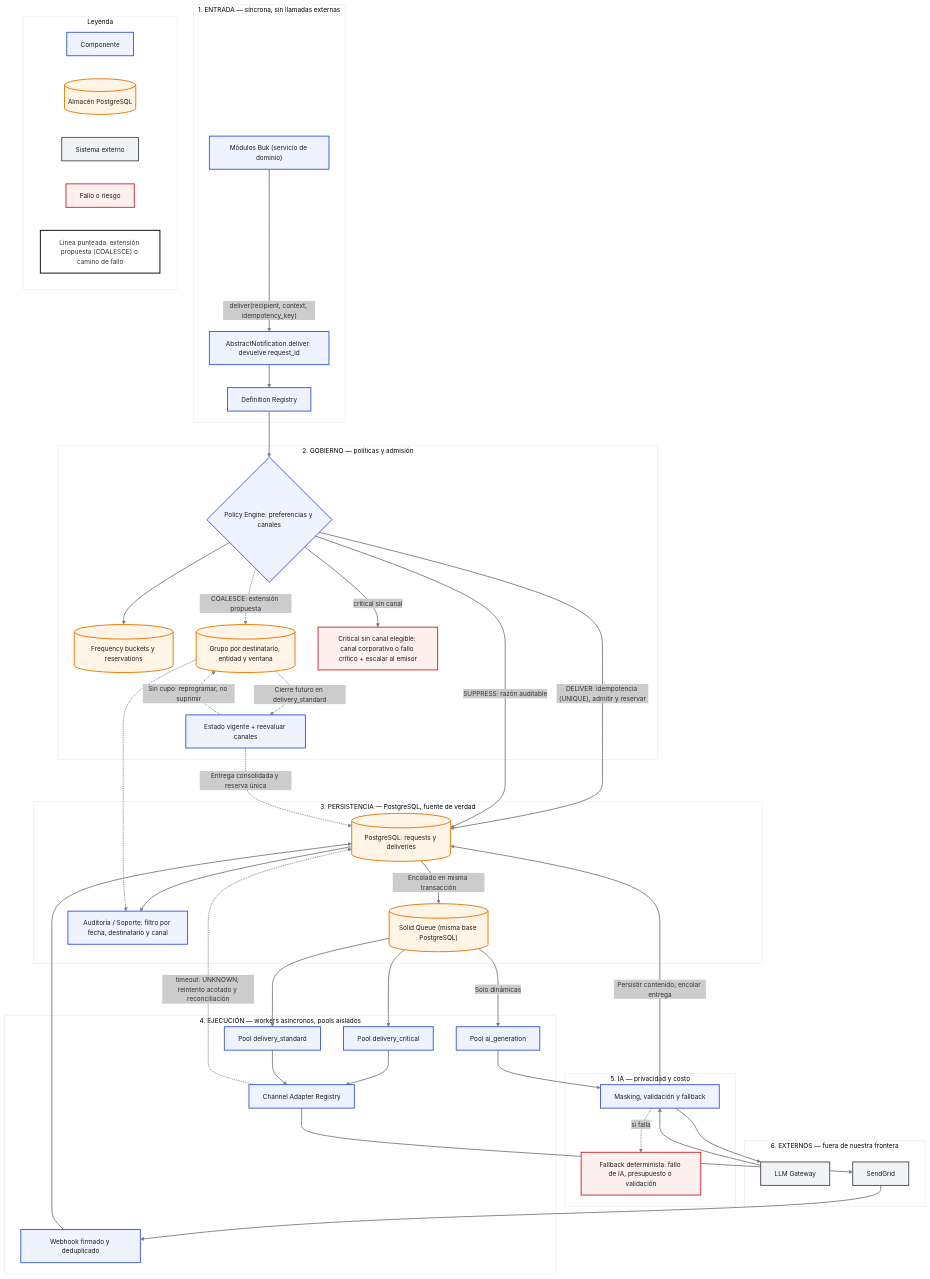
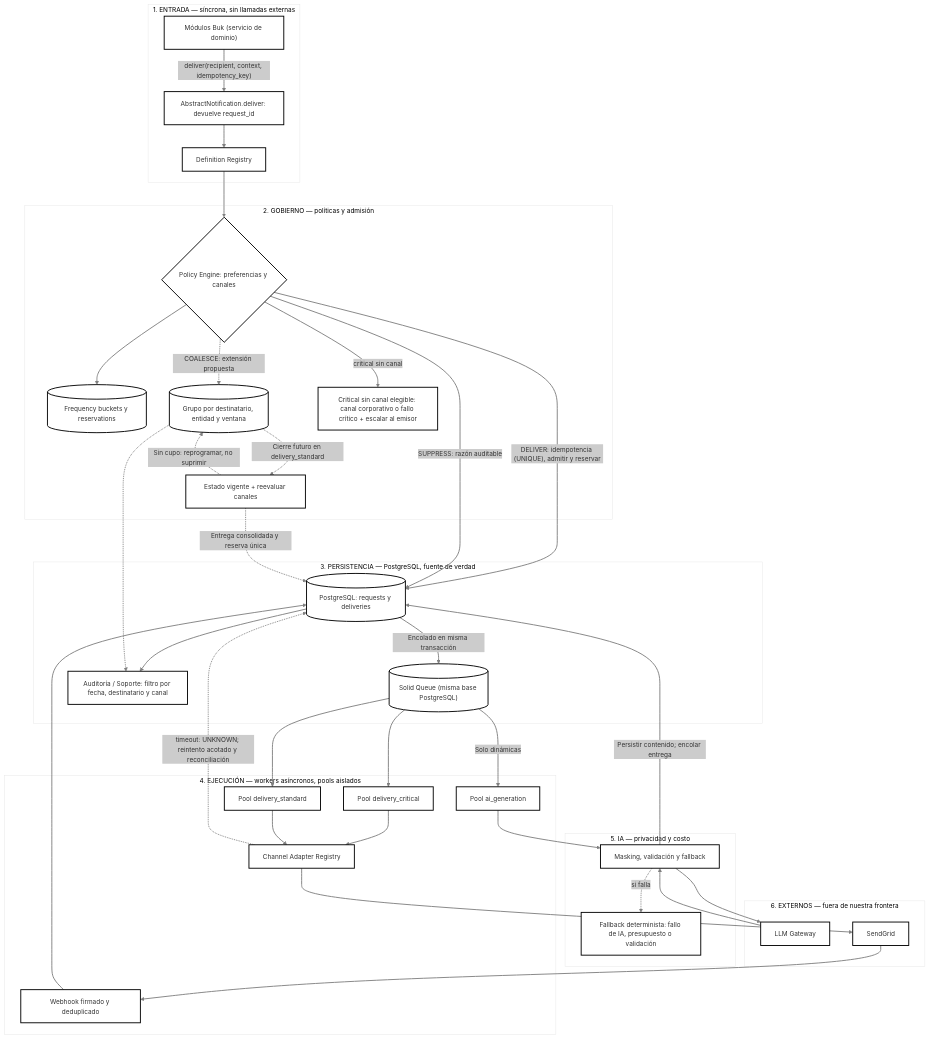
The diagram in app/assets/images/arquitectura_detalle.mmd (natha9404/codespaces-rails), drawn with Mermaid before and after one commit. The commit also changed 9 other files, not shown here.

First line of the commit message:
Unificar estilo de los diagramas: tema neo y líneas grises

```diff
--- a/app/assets/images/arquitectura_detalle.mmd
+++ b/app/assets/images/arquitectura_detalle.mmd
@@ -1,80 +1,63 @@
 ---
 config:
   theme: neo
 ---
 flowchart TB
   subgraph L1["1. ENTRADA — síncrona, sin llamadas externas"]
     Modules["Módulos Buk (servicio de dominio)"] -->|"deliver(recipient, context, idempotency_key)"| API["AbstractNotification.deliver: devuelve request_id"]
     API --> Registry["Definition Registry"]
   end
   subgraph L2["2. GOBIERNO — políticas y admisión"]
     Policy{"Policy Engine: preferencias y canales"}
     Freq[("Frequency buckets y reservations")]
     Group[("Grupo por destinatario, entidad y ventana")]
     Eligibility["Estado vigente + reevaluar canales"]
     NoChannel["Critical sin canal elegible: canal corporativo o fallo crítico + escalar al emisor"]
   end
   subgraph L3["3. PERSISTENCIA — PostgreSQL, fuente de verdad"]
     DB[("PostgreSQL: requests y deliveries")]
     SQ[("Solid Queue (misma base PostgreSQL)")]
     Audit["Auditoría / Soporte: filtro por fecha, destinatario y canal"]
   end
   subgraph L4["4. EJECUCIÓN — workers asíncronos, pools aislados"]
     AI["Pool ai_generation"]
     Critical["Pool delivery_critical"]
     Standard["Pool delivery_standard"]
     Adapter["Channel Adapter Registry"]
     Hook["Webhook firmado y deduplicado"]
   end
   subgraph L5["5. IA — privacidad y costo"]
     Guard["Masking, validación y fallback"]
     Fallback["Fallback determinista: fallo de IA, presupuesto o validación"]
   end
   subgraph L6["6. EXTERNOS — fuera de nuestra frontera"]
     LLM["LLM Gateway"]
     SG["SendGrid"]
   end
-  subgraph LEG["Leyenda"]
-    direction LR
-    K1["Componente"]:::comp
-    K2[("Almacén PostgreSQL")]:::store
-    K3["Sistema externo"]:::ext
-    K4["Fallo o riesgo"]:::risk
-    K5["Línea punteada: extensión propuesta (COALESCE) o camino de fallo"]
-  end
   Registry --> Policy
   Policy -->|"DELIVER: idempotencia (UNIQUE), admitir y reservar"| DB
   Policy -->|"SUPPRESS: razón auditable"| DB
   Policy -.->|"COALESCE: extensión propuesta"| Group
   Policy --> Freq
   Policy -->|"critical sin canal"| NoChannel
   Group -.->|"Cierre futuro en delivery_standard"| Eligibility
   Eligibility -.->|"Sin cupo: reprogramar, no suprimir"| Group
   Eligibility -.->|"Entrega consolidada y reserva única"| DB
   DB -->|"Encolado en misma transacción"| SQ
   SQ -->|"Solo dinámicas"| AI
   AI --> Guard
   Guard --> LLM
   LLM --> Guard
   Guard -.->|"si falla"| Fallback
   Guard -->|"Persistir contenido; encolar entrega"| DB
   SQ --> Critical
   SQ --> Standard
   Critical --> Adapter
   Standard --> Adapter
   Adapter --> SG
   Adapter -.->|"timeout: UNKNOWN; reintento acotado y reconciliación"| DB
   SG --> Hook
   Hook --> DB
   DB --> Audit
   Group -.-> Audit
-
-  classDef comp fill:#eef3ff,stroke:#3b5bdb,color:#1b1b1b
-  classDef store fill:#fff4e6,stroke:#e67700,color:#1b1b1b
-  classDef ext fill:#f1f3f5,stroke:#495057,color:#1b1b1b
-  classDef risk fill:#fff0f0,stroke:#c92a2a,color:#1b1b1b
-  class Modules,API,Registry,Policy,Eligibility,AI,Critical,Standard,Adapter,Hook,Guard,Audit comp
-  class DB,SQ,Freq,Group store
-  class LLM,SG ext
-  class NoChannel,Fallback risk
   linkStyle default stroke:#808080
```
